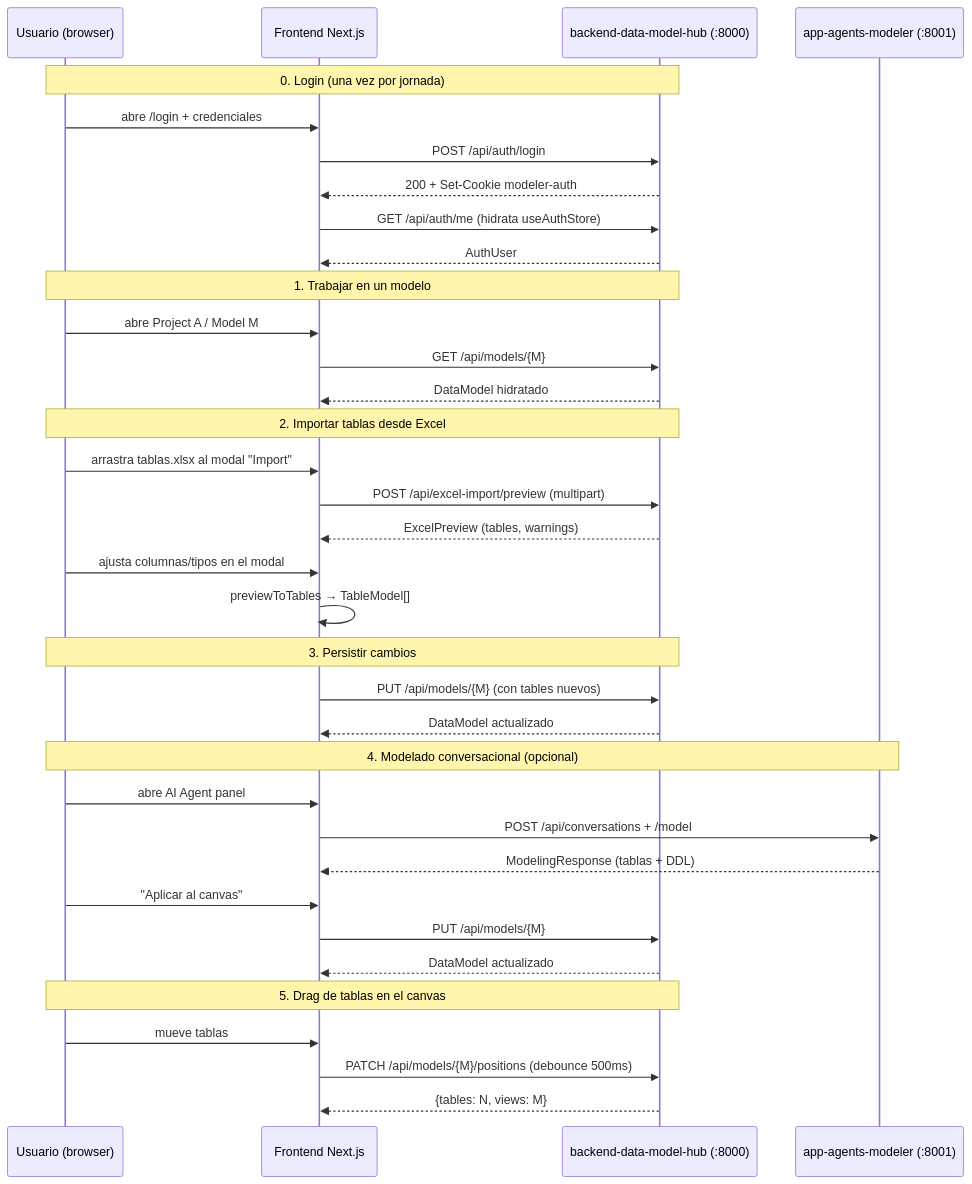
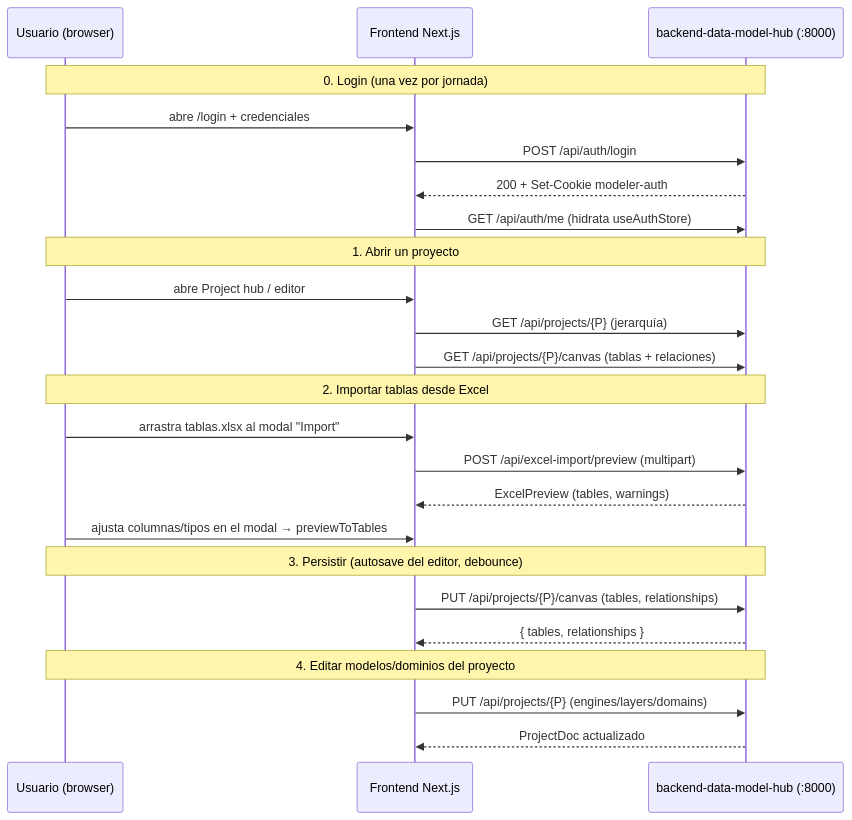
One commit to Carlosmps97/backend-data-model-hub changed the diagram in doc/usage.md. Above: the diagram before and after it, drawn with Mermaid. The commit also changed other lines of this file and 23 other files, not shown here.

````diff
--- a/doc/usage.md
+++ b/doc/usage.md
@@ -56,43 +72,31 @@
 ```mermaid
 sequenceDiagram
     participant U as Usuario (browser)
     participant FE as Frontend Next.js
     participant API as backend-data-model-hub (:8000)
-    participant AG as app-agents-modeler (:8001)
 
     Note over U,API: 0. Login (una vez por jornada)
     U->>FE: abre /login + credenciales
     FE->>API: POST /api/auth/login
     API-->>FE: 200 + Set-Cookie modeler-auth
     FE->>API: GET /api/auth/me (hidrata useAuthStore)
-    API-->>FE: AuthUser
 
-    Note over U,API: 1. Trabajar en un modelo
-    U->>FE: abre Project A / Model M
-    FE->>API: GET /api/models/{M}
-    API-->>FE: DataModel hidratado
+    Note over U,API: 1. Abrir un proyecto
+    U->>FE: abre Project hub / editor
+    FE->>API: GET /api/projects/{P}            (jerarquía)
+    FE->>API: GET /api/projects/{P}/canvas     (tablas + relaciones)
 
     Note over U,API: 2. Importar tablas desde Excel
     U->>FE: arrastra tablas.xlsx al modal "Import"
     FE->>API: POST /api/excel-import/preview (multipart)
     API-->>FE: ExcelPreview (tables, warnings)
-    U->>FE: ajusta columnas/tipos en el modal
-    FE->>FE: previewToTables → TableModel[]
+    U->>FE: ajusta columnas/tipos en el modal → previewToTables
 
-    Note over U,API: 3. Persistir cambios
-    FE->>API: PUT /api/models/{M} (con tables nuevos)
-    API-->>FE: DataModel actualizado
+    Note over U,API: 3. Persistir (autosave del editor, debounce)
+    FE->>API: PUT /api/projects/{P}/canvas (tables, relationships)
+    API-->>FE: { tables, relationships }
 
-    Note over U,AG: 4. Modelado conversacional (opcional)
-    U->>FE: abre AI Agent panel
-    FE->>AG: POST /api/conversations + /model
-    AG-->>FE: ModelingResponse (tablas + DDL)
-    U->>FE: "Aplicar al canvas"
-    FE->>API: PUT /api/models/{M}
-    API-->>FE: DataModel actualizado
-
-    Note over U,API: 5. Drag de tablas en el canvas
-    U->>FE: mueve tablas
-    FE->>API: PATCH /api/models/{M}/positions (debounce 500ms)
-    API-->>FE: {tables: N, views: M}
+    Note over U,API: 4. Editar modelos/dominios del proyecto
+    FE->>API: PUT /api/projects/{P} (engines/layers/domains)
+    API-->>FE: ProjectDoc actualizado
 ```
````
